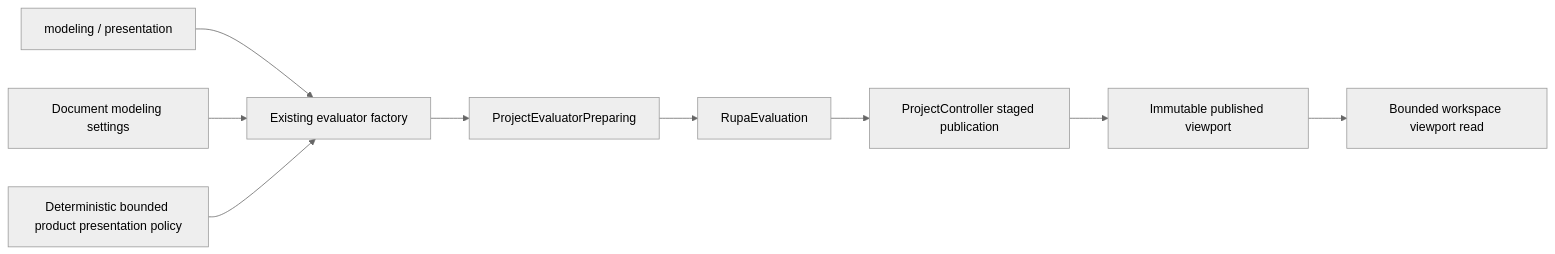
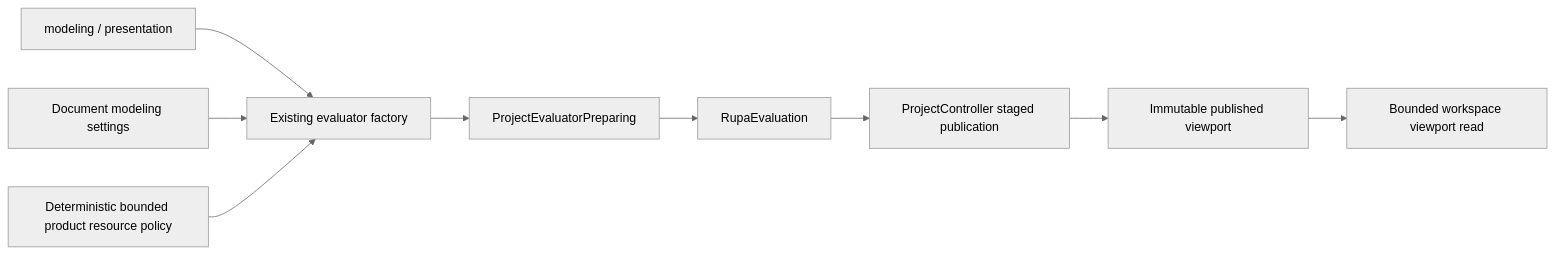
One commit to 1amageek/Rupa changed the fourth of 5 diagrams in RupaKit/Sources/RupaKit/DESIGN.md. Above: the diagram before and after it, drawn with Mermaid (neutral theme). The commit also changed 32 other files, not shown here.

````diff
--- a/RupaKit/Sources/RupaKit/DESIGN.md
+++ b/RupaKit/Sources/RupaKit/DESIGN.md
@@ -165,11 +165,11 @@
 ```mermaid
 flowchart LR
     Purpose["modeling / presentation"] --> Factory["Existing evaluator factory"]
     Modeling["Document modeling settings"] --> Factory
-    Product["Deterministic bounded product presentation policy"] --> Factory
+    Product["Deterministic bounded product resource policy"] --> Factory
     Factory --> Preparer["ProjectEvaluatorPreparing"]
     Preparer --> Evaluation["RupaEvaluation"]
     Evaluation --> Project["ProjectController staged publication"]
     Project --> Scene["Immutable published viewport"]
     Scene --> ViewRead["Bounded workspace viewport read"]
 ```
````
